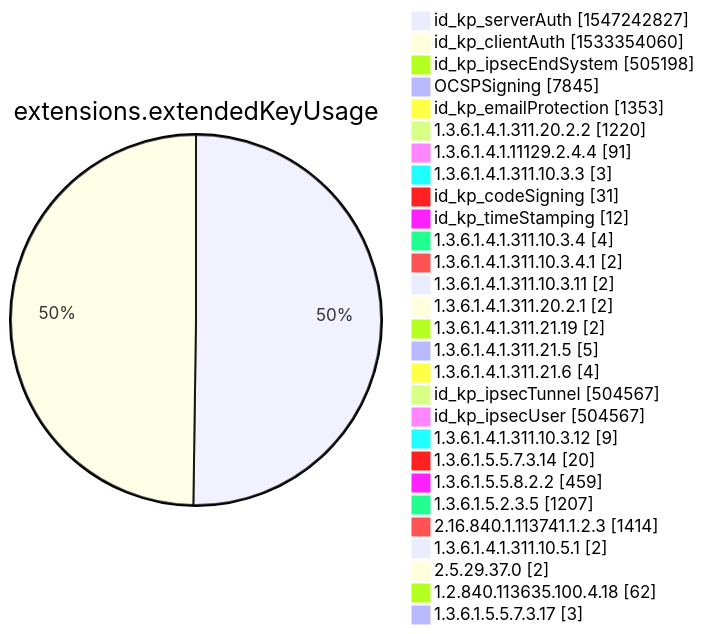
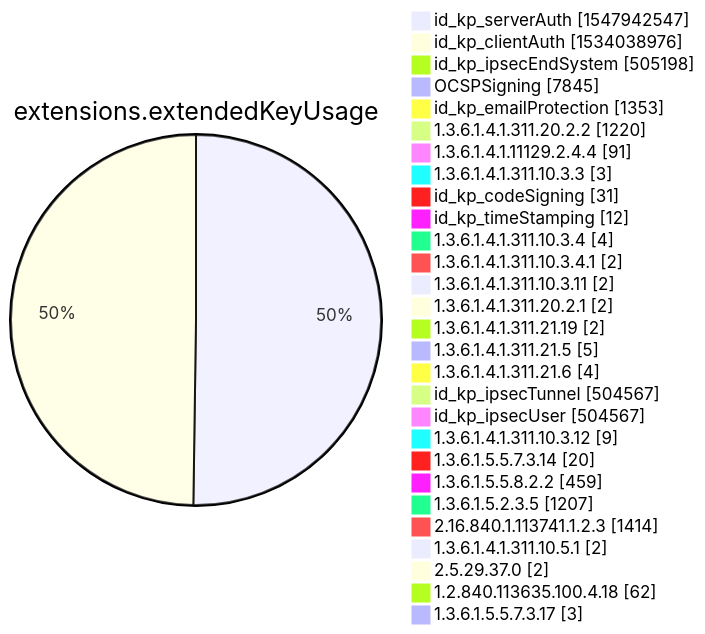
Diagram 12 of 15 in xenon2022/README.md (christiankrug/ctmonitor_visualization), drawn with Mermaid before and after one commit. The commit also changed other lines of this file, not shown here.

````diff
--- a/xenon2022/README.md
+++ b/xenon2022/README.md
@@ -3880,32 +3880,32 @@
 ```mermaid
 pie showData
 title extensions.extendedKeyUsage
-"id_kp_serverAuth" :1547242827
-"id_kp_clientAuth" :1533354060
+"id_kp_serverAuth" :1547942547
+"id_kp_clientAuth" :1534038976
 "id_kp_ipsecEndSystem" :505198
 "OCSPSigning" :7845
 "id_kp_emailProtection" :1353
 "1.3.6.1.4.1.311.20.2.2" :1220
 "1.3.6.1.4.1.11129.2.4.4" :91
 "1.3.6.1.4.1.311.10.3.3" :3
 "id_kp_codeSigning" :31
 "id_kp_timeStamping" :12
 "1.3.6.1.4.1.311.10.3.4" :4
 "1.3.6.1.4.1.311.10.3.4.1" :2
 "1.3.6.1.4.1.311.10.3.11" :2
 "1.3.6.1.4.1.311.20.2.1" :2
 "1.3.6.1.4.1.311.21.19" :2
 "1.3.6.1.4.1.311.21.5" :5
 "1.3.6.1.4.1.311.21.6" :4
 "id_kp_ipsecTunnel" :504567
 "id_kp_ipsecUser" :504567
 "1.3.6.1.4.1.311.10.3.12" :9
 "1.3.6.1.5.5.7.3.14" :20
 "1.3.6.1.5.5.8.2.2" :459
 "1.3.6.1.5.2.3.5" :1207
 "2.16.840.1.113741.1.2.3" :1414
 "1.3.6.1.4.1.311.10.5.1" :2
 "2.5.29.37.0" :2
 "1.2.840.113635.100.4.18" :62
 "1.3.6.1.5.5.7.3.17" :3
 ```
````
